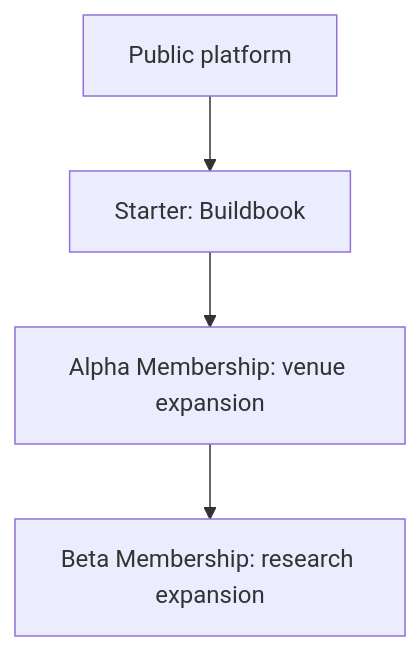
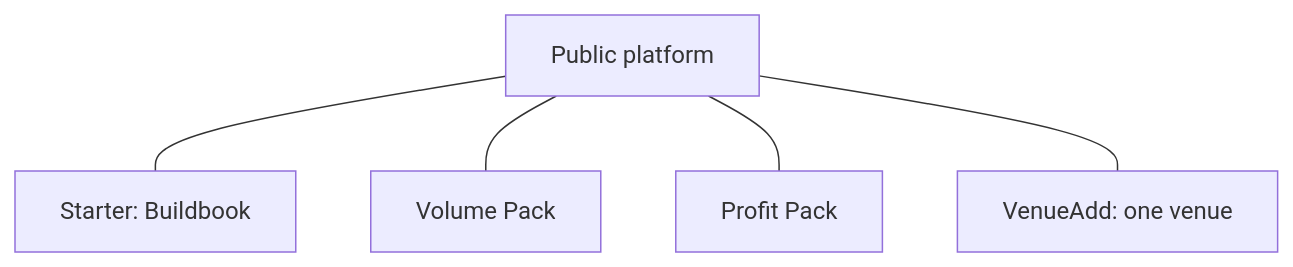
The fifth of 5 diagrams in docs/architecture/ARCHITECTURE.md (SignalNexus/signal-nexus), drawn with Mermaid before and after one commit. The commit also changed other lines of this file and 5 other files, not shown here.

````diff
--- a/docs/architecture/ARCHITECTURE.md
+++ b/docs/architecture/ARCHITECTURE.md
@@ -98,6 +96,8 @@
 ```mermaid
 graph TD
-  Core["Public platform"] --> Starter["Starter: Buildbook"]
-  Starter --> Alpha["Alpha Membership: venue expansion"]
-  Alpha --> Beta["Beta Membership: research expansion"]
+  Core["Public platform"]
+  Core --- Starter["Starter: Buildbook"]
+  Core --- Volume["Volume Pack"]
+  Core --- Profit["Profit Pack"]
+  Core --- VenueAdd["VenueAdd: one venue"]
 ```
````
